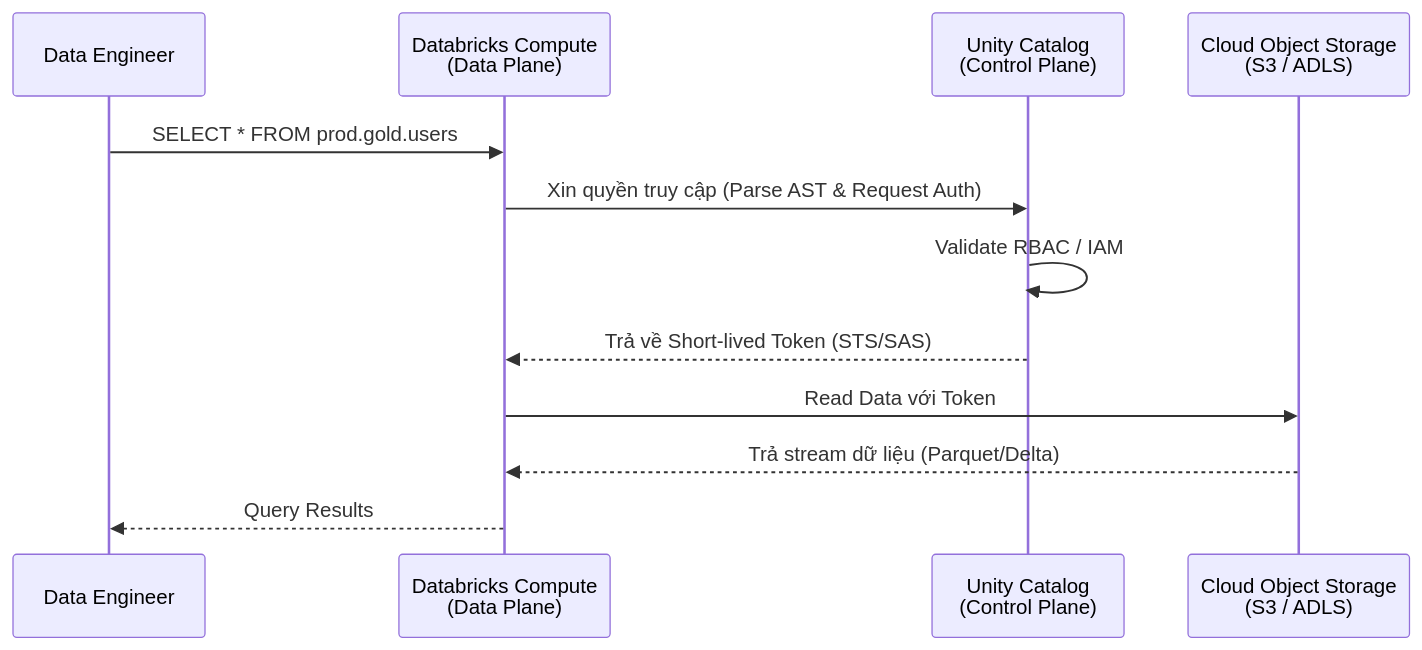
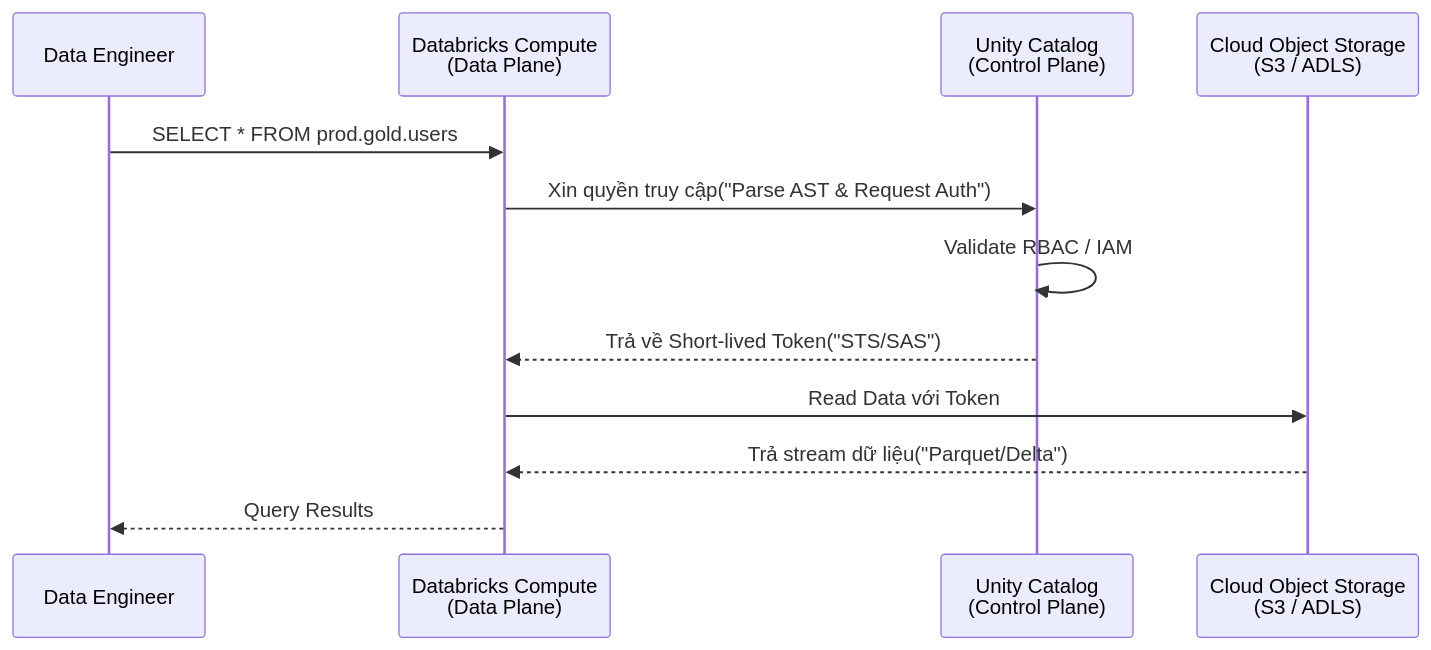
One commit to kythuatdulieu/kythuatdulieu.github.io changed the diagram in src/content/docs/concepts/8-security-governance-finops/unity-catalog.md. Above: the diagram before and after it, drawn with Mermaid. The commit also changed 190 other files, not shown here.

Commit message:
fix: resolve mermaid syntax, math rendering, and metadata issues from content rewrite

````diff
--- a/src/content/docs/concepts/8-security-governance-finops/unity-catalog.md
+++ b/src/content/docs/concepts/8-security-governance-finops/unity-catalog.md
@@ -31,15 +31,15 @@
 ```mermaid
 sequenceDiagram
     participant User as Data Engineer
     participant Cluster as Databricks Compute<br>(Data Plane)
     participant UC as Unity Catalog<br>(Control Plane)
     participant Storage as Cloud Object Storage<br>(S3 / ADLS)
 
     User->>Cluster: SELECT * FROM prod.gold.users
-    Cluster->>UC: Xin quyền truy cập (Parse AST & Request Auth)
+    Cluster->>UC: Xin quyền truy cập("Parse AST & Request Auth")
     UC->>UC: Validate RBAC / IAM
-    UC-->>Cluster: Trả về Short-lived Token (STS/SAS)
+    UC-->>Cluster: Trả về Short-lived Token("STS/SAS")
     Cluster->>Storage: Read Data với Token
-    Storage-->>Cluster: Trả stream dữ liệu (Parquet/Delta)
+    Storage-->>Cluster: Trả stream dữ liệu("Parquet/Delta")
     Cluster-->>User: Query Results
 ```
````
